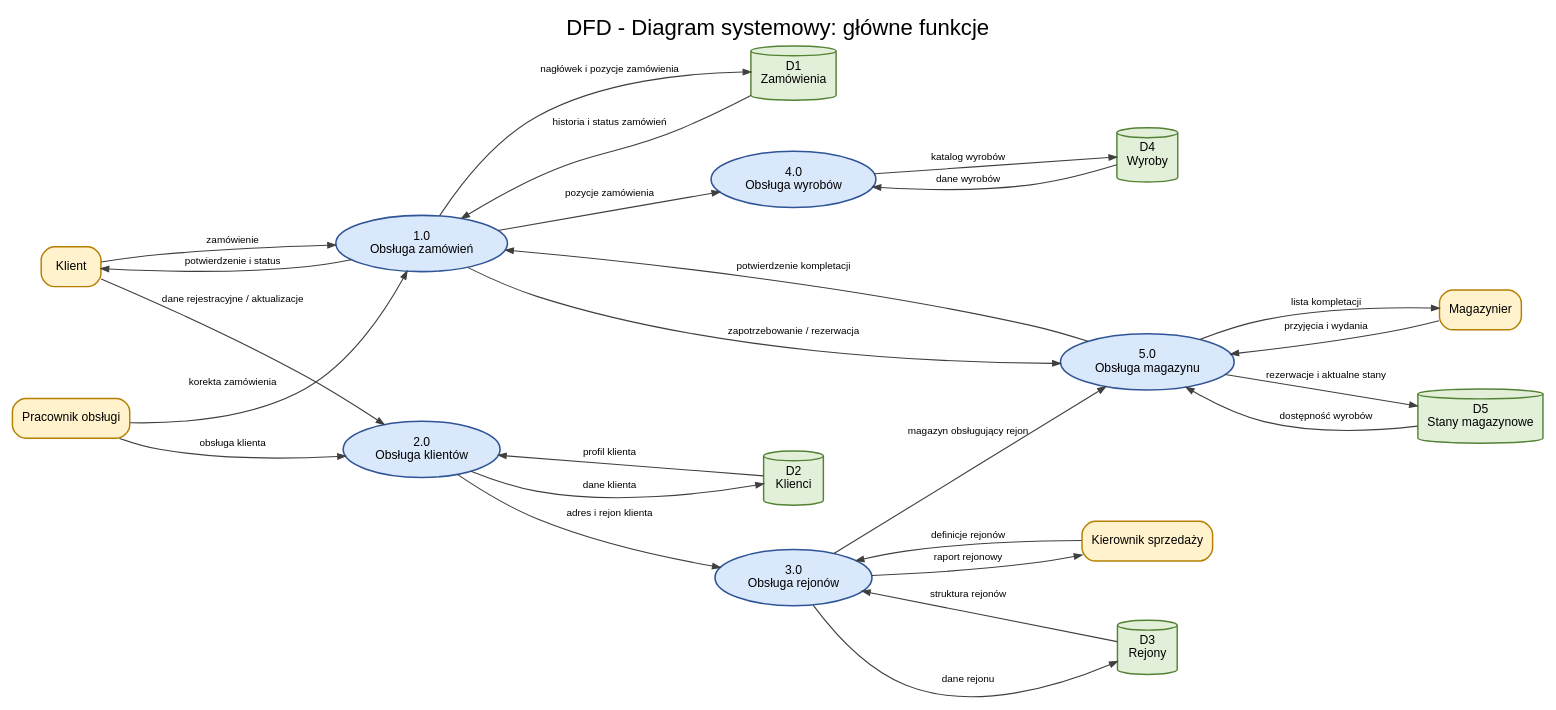
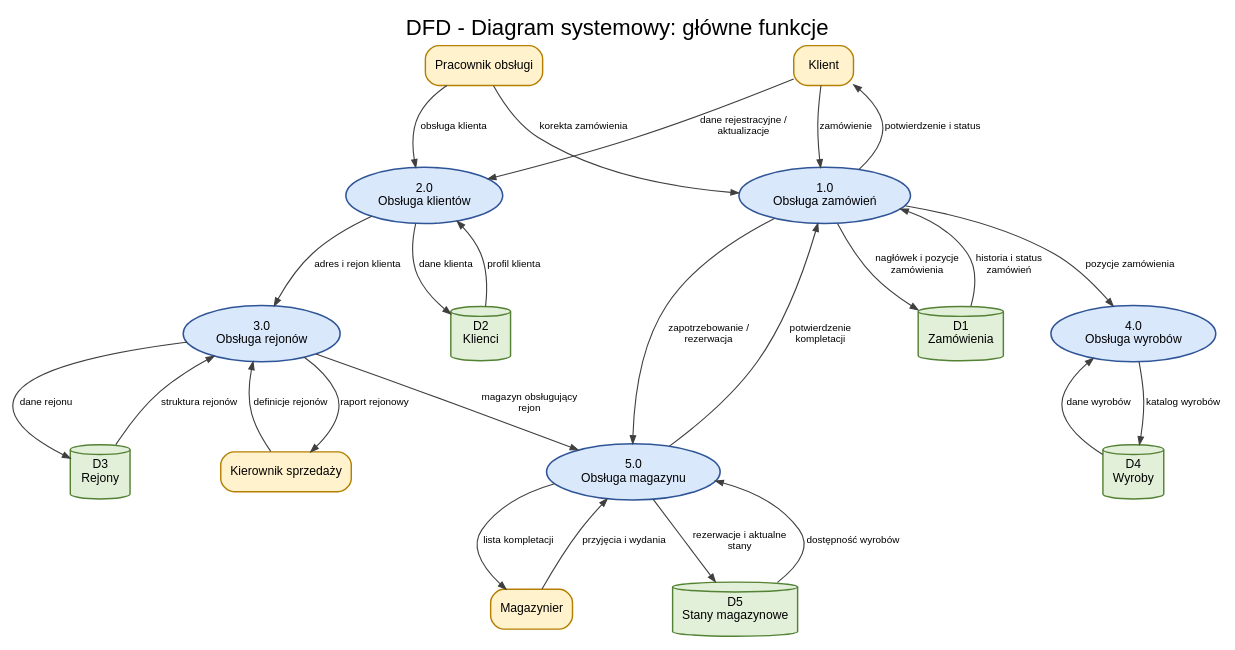
The diagram in inzynieria/cwiczenie_6_diagramy/dfd_02_systemowy.dot (kubatrojanowski538-create/prz), drawn with Graphviz before and after one commit. The commit also changed 24 other files, not shown here.

Commit message:
Refine lab 6 report and diagram layouts

```diff
--- a/inzynieria/cwiczenie_6_diagramy/dfd_02_systemowy.dot
+++ b/inzynieria/cwiczenie_6_diagramy/dfd_02_systemowy.dot
@@ -1,58 +1,58 @@
 digraph G {
   graph [
-    rankdir=LR,
+    rankdir=TB,
     splines=true,
     nodesep=0.55,
     ranksep=0.75,
     bgcolor="white",
     labelloc="t",
     label="DFD - Diagram systemowy: główne funkcje",
     fontname="Arial",
     fontsize=20,
     compound=true
   ];
   node [fontname="Arial", fontsize=11, margin="0.12,0.08"];
   edge [fontname="Arial", fontsize=9, color="#3f3f3f", arrowsize=0.7];
 
   node [shape=box, style="rounded,filled", fillcolor="#fff2cc", color="#b57f00", penwidth=1.3];
   klient [label="Klient"];
   pracownik [label="Pracownik obsługi"];
   magazynier [label="Magazynier"];
   kierownik [label="Kierownik sprzedaży"];
   node [shape=ellipse, style="filled", fillcolor="#dae8fc", color="#2f5597", penwidth=1.4];
   p1 [label="1.0\nObsługa zamówień"];
   p2 [label="2.0\nObsługa klientów"];
   p3 [label="3.0\nObsługa rejonów"];
   p4 [label="4.0\nObsługa wyrobów"];
   p5 [label="5.0\nObsługa magazynu"];
   node [shape=cylinder, style="filled", fillcolor="#e2f0d9", color="#548235", penwidth=1.3];
   d1 [label="D1\nZamówienia"];
   d2 [label="D2\nKlienci"];
   d3 [label="D3\nRejony"];
   d4 [label="D4\nWyroby"];
   d5 [label="D5\nStany magazynowe"];
-  klient -> p2 [label="dane rejestracyjne / aktualizacje"];
+  klient -> p2 [label="dane rejestracyjne /\naktualizacje"];
   p2 -> d2 [label="dane klienta"];
   d2 -> p2 [label="profil klienta"];
   p2 -> p3 [label="adres i rejon klienta"];
   klient -> p1 [label="zamówienie"];
-  p1 -> d1 [label="nagłówek i pozycje zamówienia"];
-  d1 -> p1 [label="historia i status zamówień"];
+  p1 -> d1 [label="nagłówek i pozycje\nzamówienia"];
+  d1 -> p1 [label="historia i status\nzamówień"];
   p1 -> p4 [label="pozycje zamówienia"];
   p4 -> d4 [label="katalog wyrobów"];
   d4 -> p4 [label="dane wyrobów"];
-  p1 -> p5 [label="zapotrzebowanie / rezerwacja"];
-  p5 -> d5 [label="rezerwacje i aktualne stany"];
+  p1 -> p5 [label="zapotrzebowanie /\nrezerwacja"];
+  p5 -> d5 [label="rezerwacje i aktualne\nstany"];
   d5 -> p5 [label="dostępność wyrobów"];
-  p5 -> p1 [label="potwierdzenie kompletacji"];
+  p5 -> p1 [label="potwierdzenie\nkompletacji"];
   p1 -> klient [label="potwierdzenie i status"];
   pracownik -> p1 [label="korekta zamówienia"];
   pracownik -> p2 [label="obsługa klienta"];
   kierownik -> p3 [label="definicje rejonów"];
   p3 -> d3 [label="dane rejonu"];
   d3 -> p3 [label="struktura rejonów"];
-  p3 -> p5 [label="magazyn obsługujący rejon"];
+  p3 -> p5 [label="magazyn obsługujący\nrejon"];
   magazynier -> p5 [label="przyjęcia i wydania"];
   p5 -> magazynier [label="lista kompletacji"];
   p3 -> kierownik [label="raport rejonowy"];
 }
```
